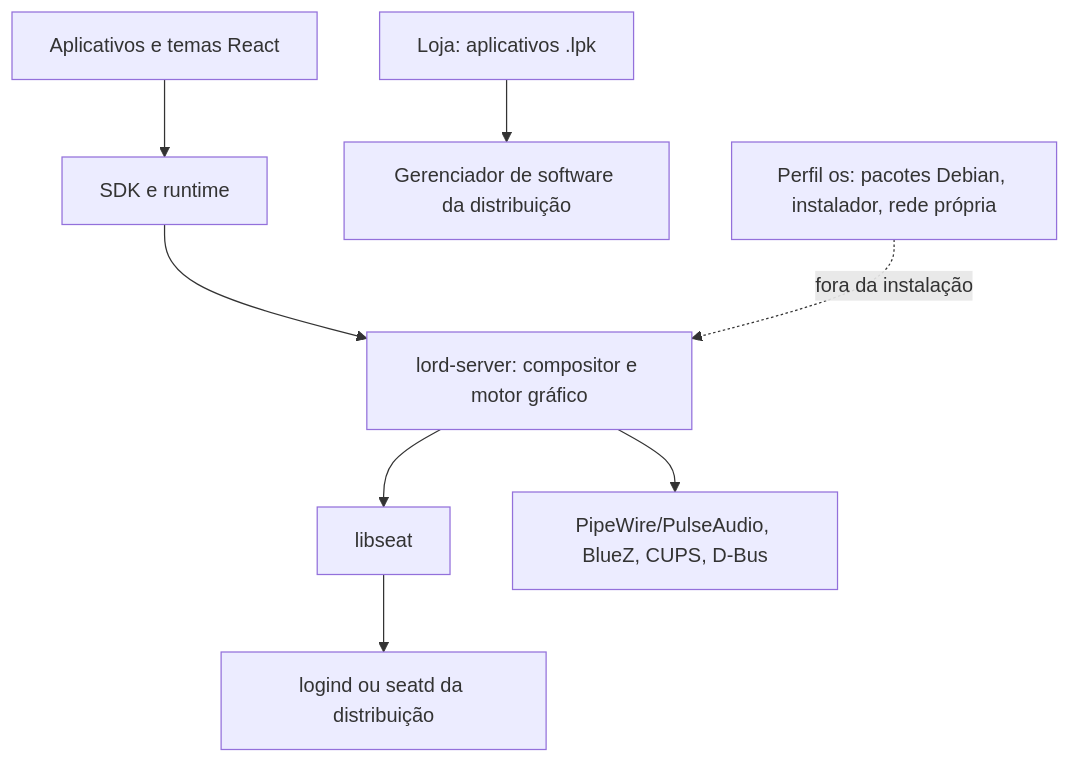
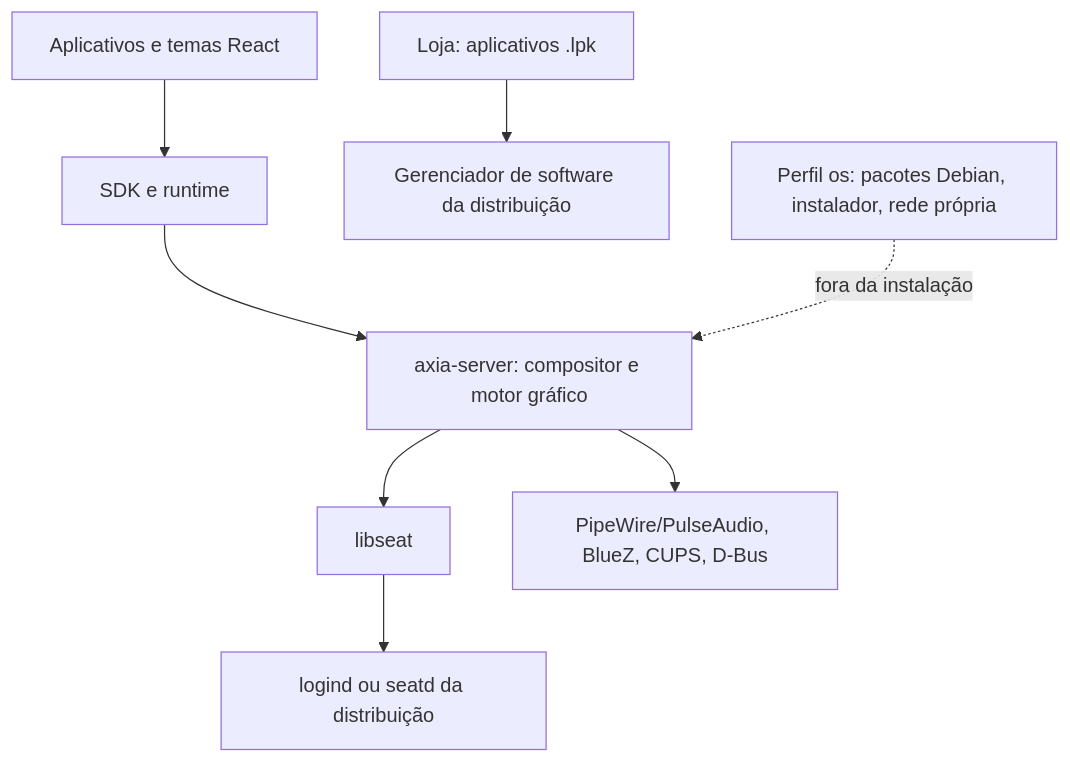
Before and after one commit to lordbasex/LordOS: the diagram in docs/STANDALONE.md, drawn with Mermaid. The commit also changed other lines of this file and 1207 other files, not shown here.

````diff
--- a/docs/STANDALONE.md
+++ b/docs/STANDALONE.md
@@ -7,10 +7,10 @@
 ```mermaid
 flowchart TD
   Apps[Aplicativos e temas React] --> SDK[SDK e runtime]
-  SDK --> Server[lord-server: compositor e motor gráfico]
+  SDK --> Server[axia-server: compositor e motor gráfico]
   Server --> Seat[libseat]
   Seat --> Host[logind ou seatd da distribuição]
   Server --> Services[PipeWire/PulseAudio, BlueZ, CUPS, D-Bus]
   Store[Loja: aplicativos .lpk] --> Software[Gerenciador de software da distribuição]
   Legacy[Perfil os: pacotes Debian, instalador, rede própria] -. fora da instalação .-> Server
 ```
````
